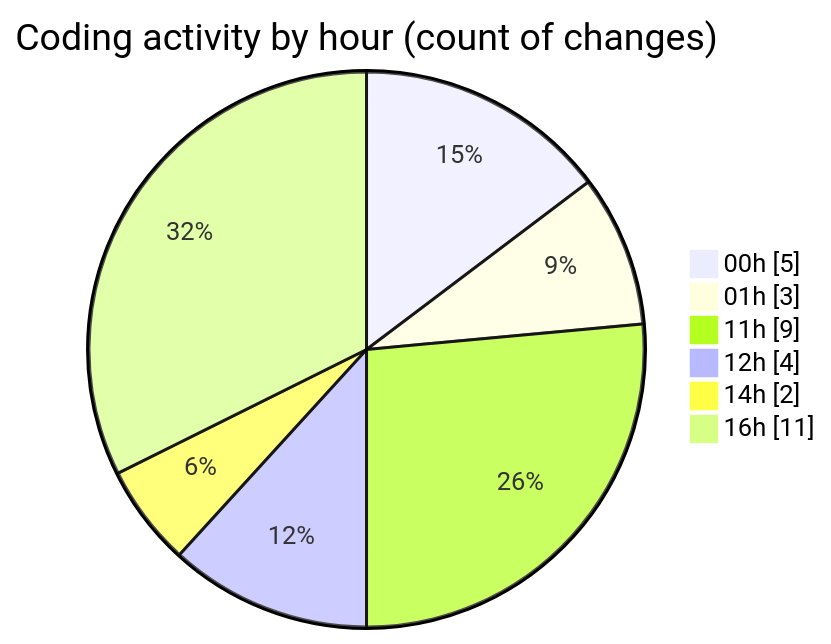
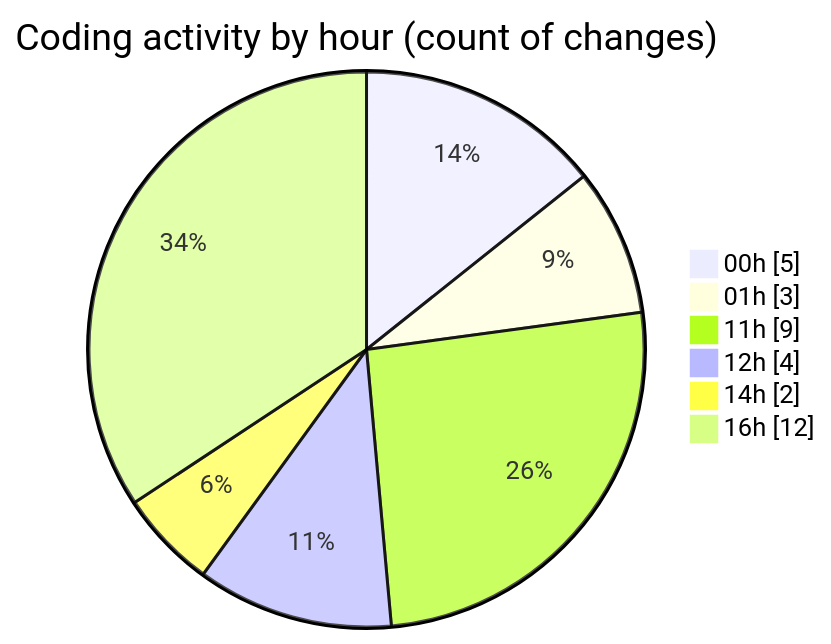
One commit to julien-gomy/code-tracking changed the second of 2 diagrams in 2025-11-16/cdp_aleoudev_fr__workspace_/README.md. Above: the diagram before and after it, drawn with Mermaid. The commit also changed other lines of this file and 1 other file, not shown here.

````diff
--- a/2025-11-16/cdp_aleoudev_fr__workspace_/README.md
+++ b/2025-11-16/cdp_aleoudev_fr__workspace_/README.md
@@ -39,10 +40,10 @@
 ```mermaid
 pie showData
 title Coding activity by hour (count of changes)
 "00h" : 5
 "01h" : 3
 "11h" : 9
 "12h" : 4
 "14h" : 2
-"16h" : 11
+"16h" : 12
 ```
````
